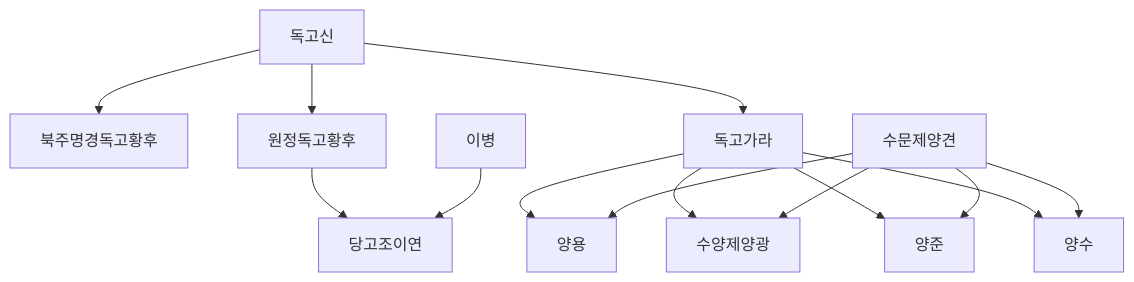
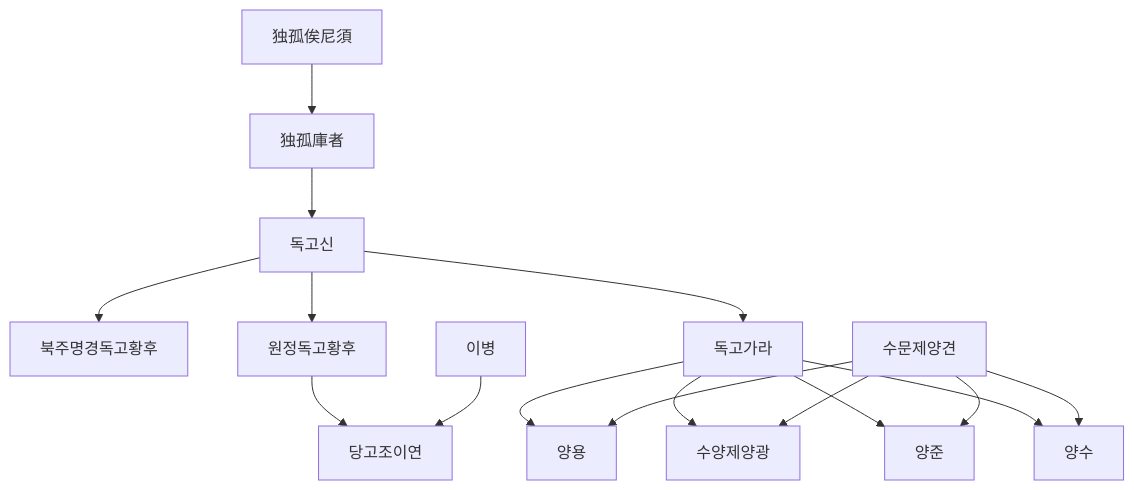
Before and after one commit to daewonyoon/historigram: the diagram in 중국사/선비독고씨.md, drawn with Mermaid. The commit also changed 2 other files, not shown here.

Commit message:
선비, 고려몽골

````diff
--- a/중국사/선비독고씨.md
+++ b/중국사/선비독고씨.md
@@ -1,20 +1,20 @@
 ``` mermaid
 graph TD
 
 독고신
-
+独孤俟尼須 --> 独孤庫者 --> 독고신
 독고신 --> 북주명경독고황후
 독고신 --> 원정독고황후 --> 당고조이연
 독고신 --> 독고가라
 이병 --> 당고조이연
 
 독고가라 --> 양용
 독고가라 --> 수양제양광
 독고가라 --> 양준
 독고가라 --> 양수
 
 수문제양견 --> 양용
 수문제양견 --> 수양제양광
 수문제양견 --> 양준
 수문제양견 --> 양수
 ```
````
